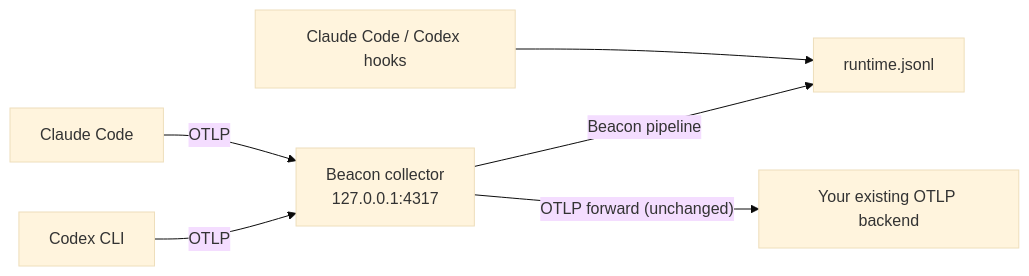
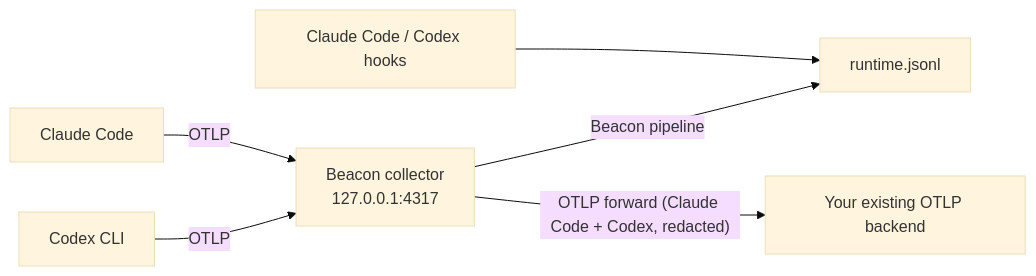
One commit to Asymptote-Labs/agent-beacon changed the diagram in docs/guides/kandji-otlp-forward-mdm.mdx. Above: the diagram before and after it, drawn with Mermaid (base theme). The commit also changed other lines of this file and 17 other files, not shown here.

First line of the commit message:
OTLP forward: filter to Claude Code and Codex, redact, bound, keep headers out of config.json

````diff
--- a/docs/guides/kandji-otlp-forward-mdm.mdx
+++ b/docs/guides/kandji-otlp-forward-mdm.mdx
@@ -12,8 +12,8 @@
 ```mermaid
 flowchart LR
   Claude[Claude Code] -->|OTLP| Collector["Beacon collector<br/>127.0.0.1:4317"]
   Codex[Codex CLI] -->|OTLP| Collector
   ClaudeHooks[Claude Code / Codex hooks] --> RuntimeLog["runtime.jsonl"]
   Collector -->|Beacon pipeline| RuntimeLog
-  Collector -->|"OTLP forward (unchanged)"| Backend["Your existing OTLP backend"]
+  Collector -->|"OTLP forward (Claude Code + Codex, redacted)"| Backend["Your existing OTLP backend"]
 ```
````
